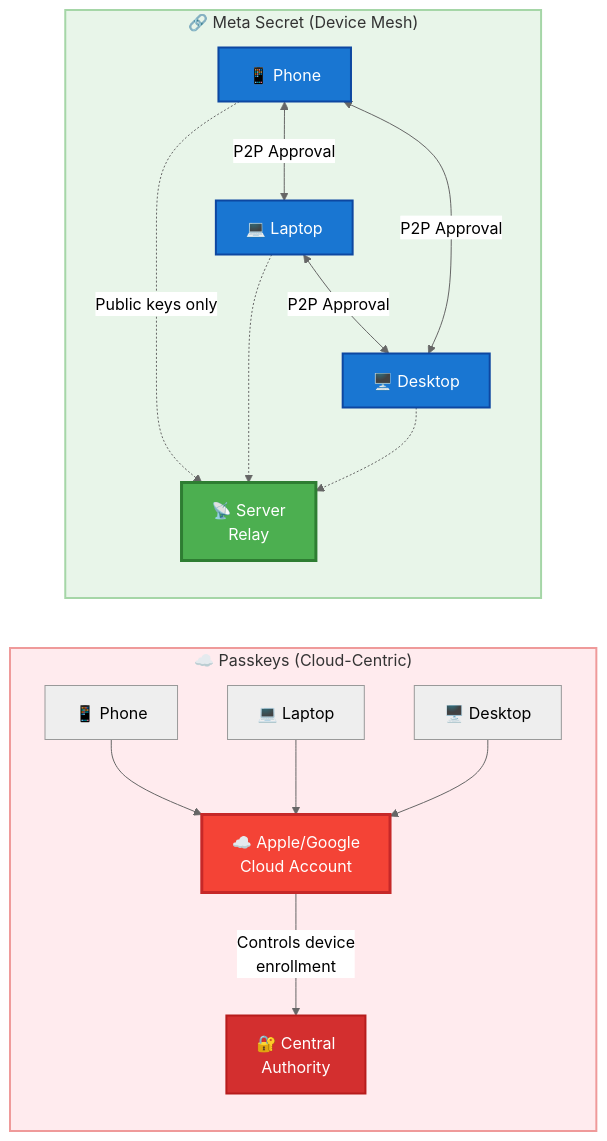
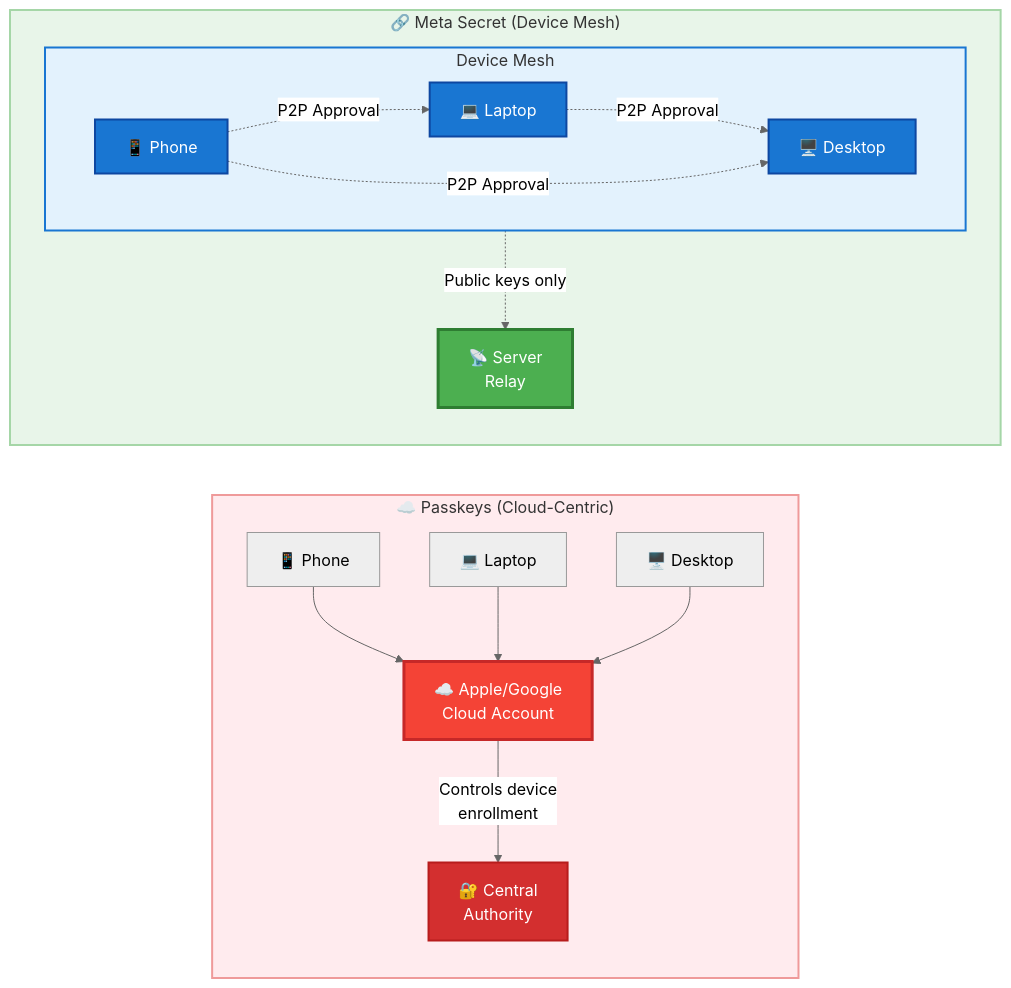
Before and after one commit to meta-secret/meta-secret-core: the third of 11 diagrams in docs/meta-secret-technical-presentation.md, drawn with Mermaid (neutral theme).

Commit message:
improvements

````diff
--- a/docs/meta-secret-technical-presentation.md
+++ b/docs/meta-secret-technical-presentation.md
@@ -261,32 +261,38 @@
 ```mermaid
 flowchart LR
     subgraph PASSKEY["☁️ Passkeys (Cloud-Centric)"]
         direction TB
         PA[📱 Phone] --> CLOUD[☁️ Apple/Google<br/>Cloud Account]
         PB[💻 Laptop] --> CLOUD
         PC[🖥️ Desktop] --> CLOUD
         CLOUD -->|"Controls device<br/>enrollment"| AUTH[🔐 Central<br/>Authority]
         
         style CLOUD fill:#f44336,color:#fff,stroke:#c62828,stroke-width:3px
         style AUTH fill:#d32f2f,color:#fff,stroke:#b71c1c,stroke-width:2px
     end
     
     subgraph METASECRET["🔗 Meta Secret (Device Mesh)"]
         direction TB
-        MA[📱 Phone] <-->|"P2P Approval"| MB[💻 Laptop]
-        MB <-->|"P2P Approval"| MC[🖥️ Desktop]
-        MA <-->|"P2P Approval"| MC
         
-        MA -.->|"Public keys only"| RELAY[📡 Server<br/>Relay]
-        MB -.-> RELAY
-        MC -.-> RELAY
+        subgraph DEVICES["Device Mesh"]
+            MA[📱 Phone]
+            MB[💻 Laptop]
+            MC[🖥️ Desktop]
+        end
+        
+        MA -.->|"P2P Approval"| MB
+        MB -.->|"P2P Approval"| MC
+        MA -.->|"P2P Approval"| MC
+        
+        DEVICES -.->|"Public keys only"| RELAY[📡 Server<br/>Relay]
         
         style RELAY fill:#4caf50,color:#fff,stroke:#2e7d32,stroke-width:3px
         style MA fill:#1976d2,color:#fff,stroke:#0d47a1,stroke-width:2px
         style MB fill:#1976d2,color:#fff,stroke:#0d47a1,stroke-width:2px
         style MC fill:#1976d2,color:#fff,stroke:#0d47a1,stroke-width:2px
+        style DEVICES fill:#e3f2fd,stroke:#1976d2,stroke-width:2px
     end
     
     style PASSKEY fill:#ffebee,stroke:#ef9a9a,stroke-width:2px
     style METASECRET fill:#e8f5e9,stroke:#a5d6a7,stroke-width:2px
 ```
````
